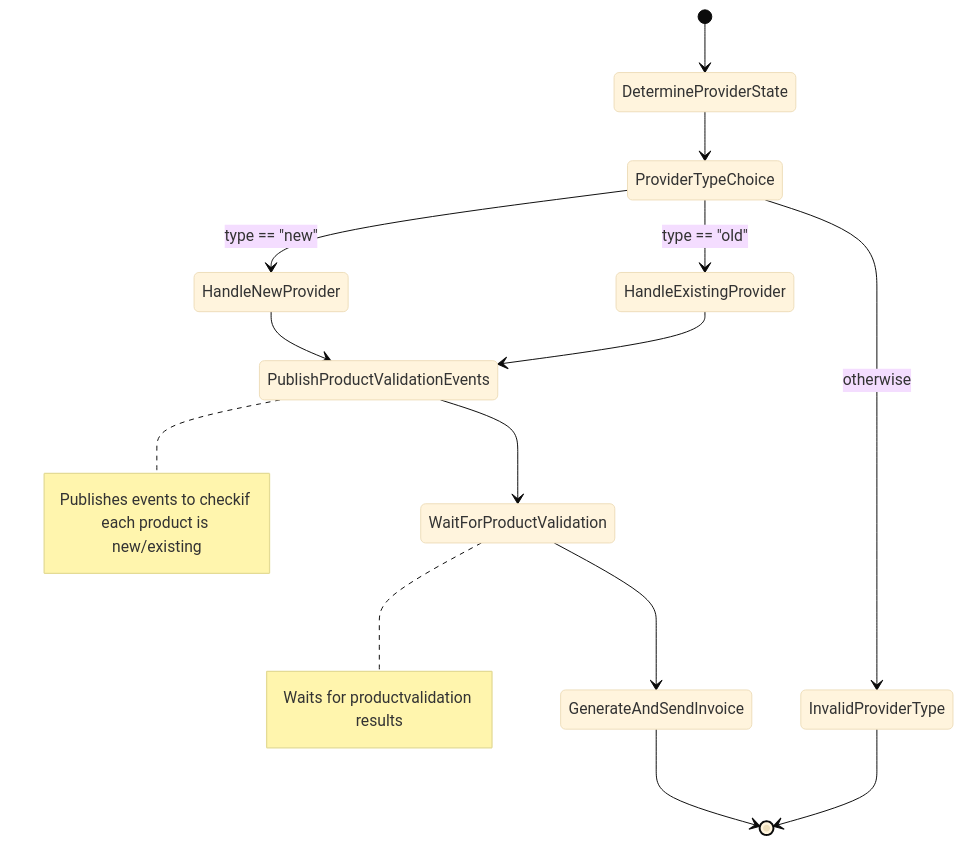
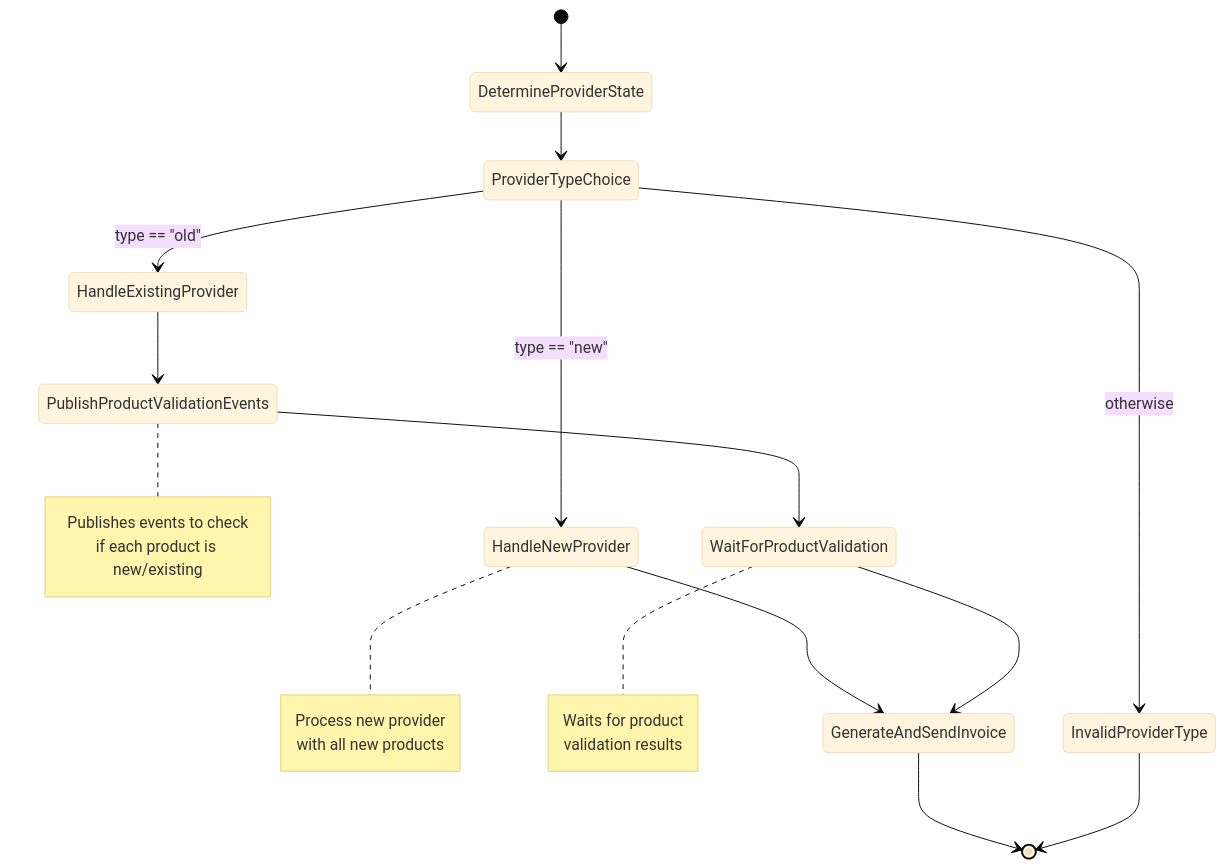
Before and after one commit to ayoubben18/invoicer-sst: the diagram in README.md, drawn with Mermaid (base theme). The commit also changed other lines of this file, not shown here.

````diff
--- a/README.md
+++ b/README.md
@@ -88,21 +88,22 @@
 ```mermaid
 stateDiagram-v2
     [*] --> DetermineProviderState
     DetermineProviderState --> ProviderTypeChoice
 
     ProviderTypeChoice --> HandleNewProvider: type == "new"
     ProviderTypeChoice --> HandleExistingProvider: type == "old"
     ProviderTypeChoice --> InvalidProviderType: otherwise
 
-    HandleNewProvider --> PublishProductValidationEvents
+    HandleNewProvider --> GenerateAndSendInvoice
+
     HandleExistingProvider --> PublishProductValidationEvents
-
     PublishProductValidationEvents --> WaitForProductValidation
     WaitForProductValidation --> GenerateAndSendInvoice
 
     GenerateAndSendInvoice --> [*]
     InvalidProviderType --> [*]
 
-    note right of PublishProductValidationEvents: Publishes events to checkif each product is new/existing
-    note right of WaitForProductValidation: Waits for productvalidation results
+    note right of HandleNewProvider: Process new provider<br/>with all new products
+    note right of PublishProductValidationEvents: Publishes events to check<br/>if each product is new/existing
+    note right of WaitForProductValidation: Waits for product<br/>validation results
 ```
````
